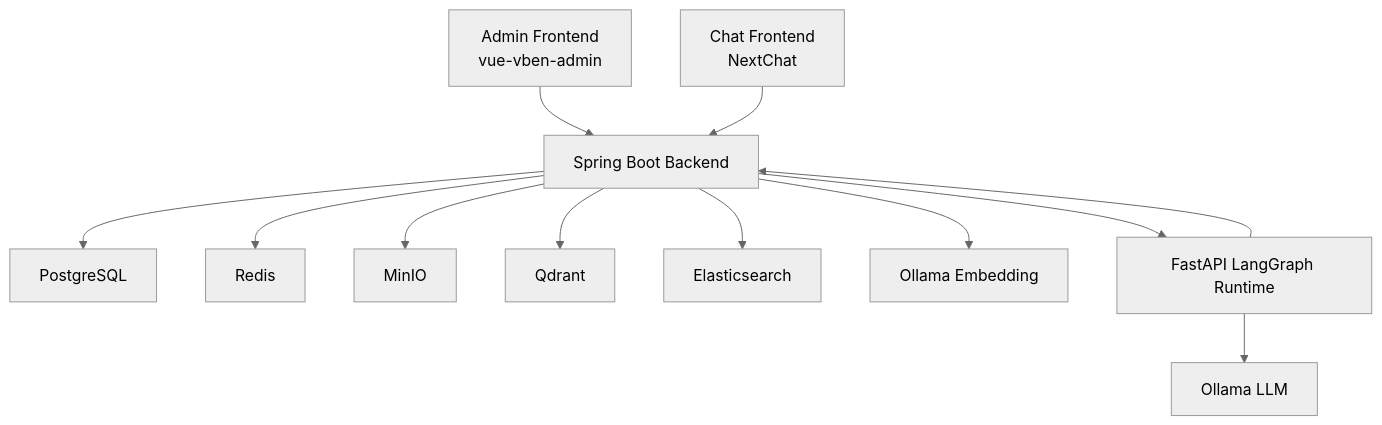
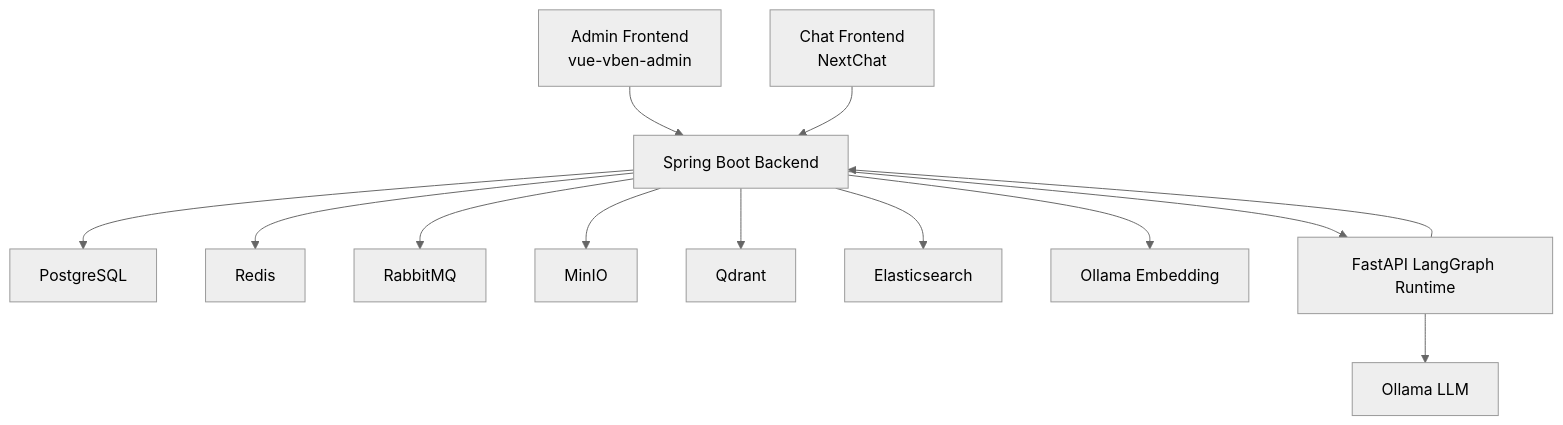
The first of 3 diagrams in PROJECT_DESIGN.md (turmony/enterprise-agentic-rag-platform), drawn with Mermaid (neutral theme) before and after one commit. The commit also changed other lines of this file and 1 other file, not shown here.

Commit message:
docs: add RabbitMQ async task design

````diff
--- a/PROJECT_DESIGN.md
+++ b/PROJECT_DESIGN.md
@@ -110,16 +111,17 @@
 ```mermaid
 flowchart TD
     F1["Admin Frontend<br/>vue-vben-admin"] --> B["Spring Boot Backend"]
     F2["Chat Frontend<br/>NextChat"] --> B
 
     B --> PG["PostgreSQL"]
     B --> R["Redis"]
+    B --> MQ["RabbitMQ"]
     B --> M["MinIO"]
     B --> Q["Qdrant"]
     B --> ES["Elasticsearch"]
     B --> O1["Ollama Embedding"]
 
     B --> A["FastAPI LangGraph Runtime"]
     A --> B
     A --> O2["Ollama LLM"]
 ```
````
